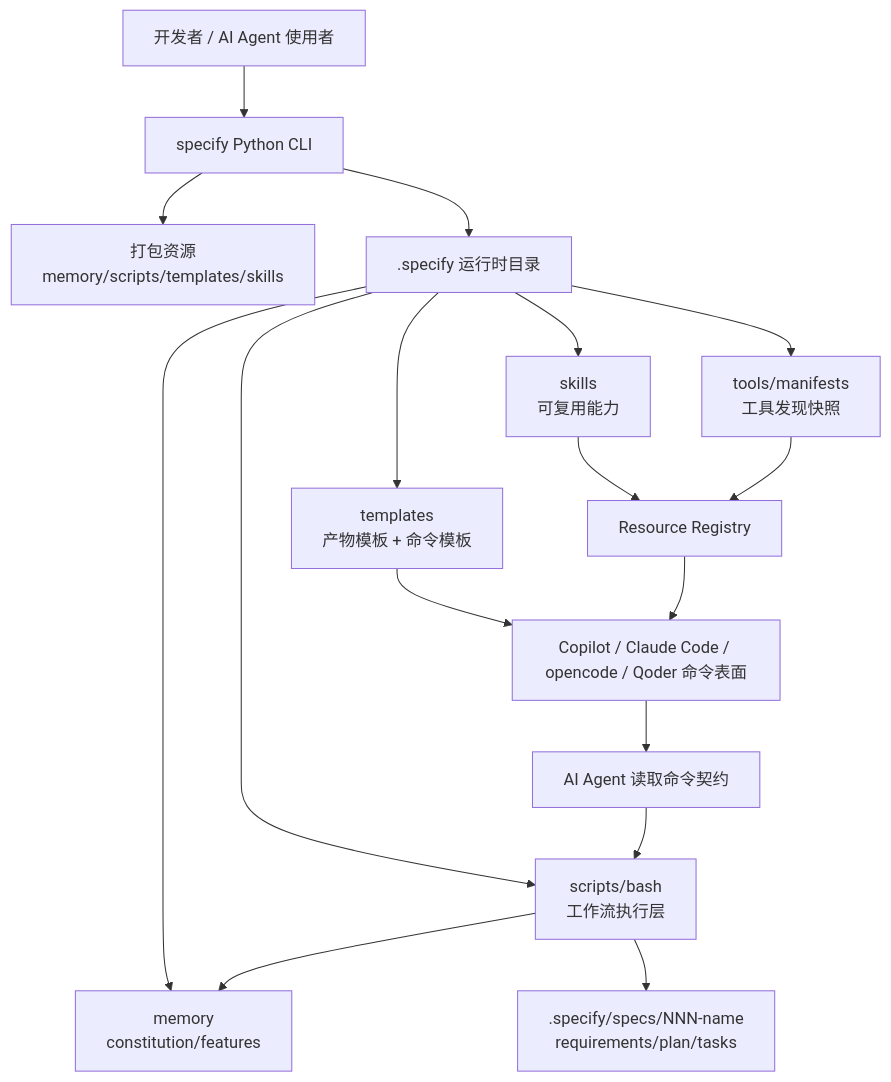
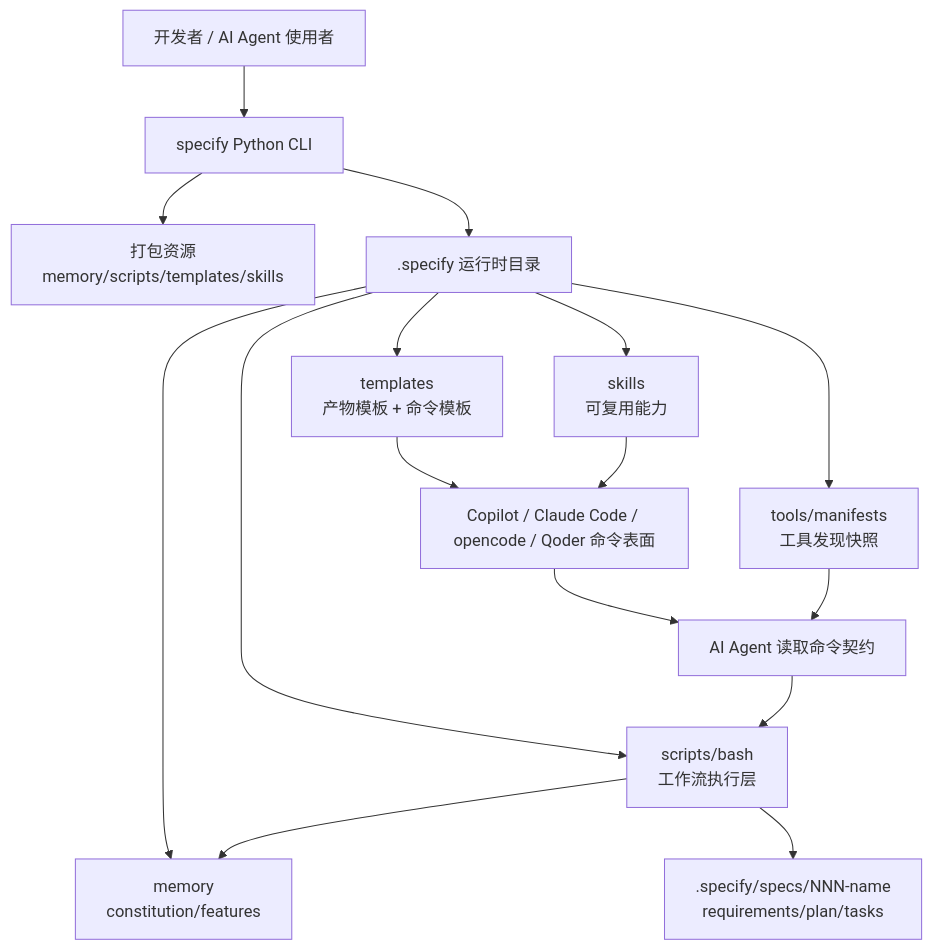
The first of 7 diagrams in docs/concepts/overview.md (cloud-native-ai/spec-kit), drawn with Mermaid before and after one commit. The commit also changed other lines of this file and 127 other files, not shown here.

````diff
--- a/docs/concepts/overview.md
+++ b/docs/concepts/overview.md
@@ -77,22 +77,21 @@
 ```mermaid
 flowchart TD
     U[开发者 / AI Agent 使用者] --> CLI[specify Python CLI]
     CLI --> PKG[打包资源\nmemory/scripts/templates/skills]
     CLI --> RUNTIME[.specify 运行时目录]
 
     RUNTIME --> MEM[memory\nconstitution/features]
     RUNTIME --> TPL[templates\n产物模板 + 命令模板]
     RUNTIME --> SCRIPTS[scripts/bash\n工作流执行层]
     RUNTIME --> SKILLS[skills\n可复用能力]
     RUNTIME --> TOOLS[tools/manifests\n工具发现快照]
 
     TPL --> AGENTS[Copilot / Claude Code / opencode / Qoder 命令表面]
     AGENTS --> LLM[AI Agent 读取命令契约]
     LLM --> SCRIPTS
     SCRIPTS --> SPECS[.specify/specs/NNN-name\nrequirements/plan/tasks]
     SCRIPTS --> MEM
 
-    SKILLS --> REG[Resource Registry]
-    TOOLS --> REG
-    REG --> AGENTS
+    SKILLS --> AGENTS
+    TOOLS --> LLM
 ```
````
